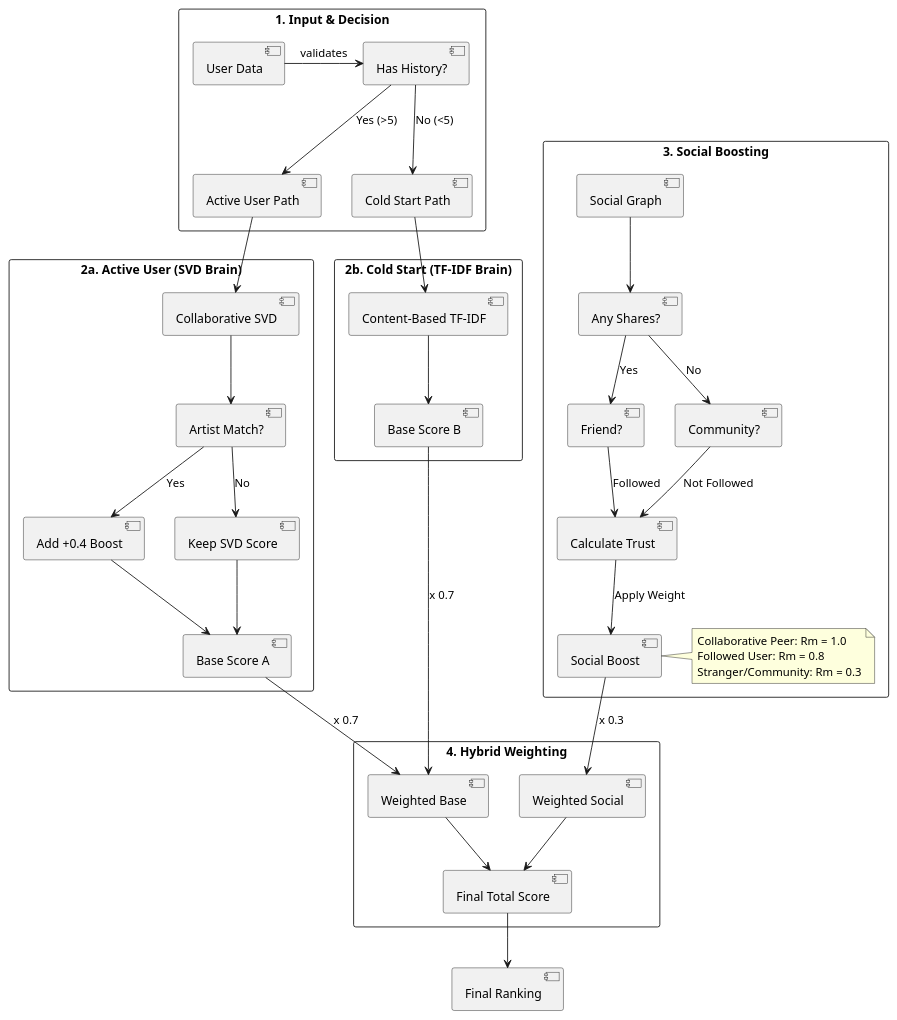
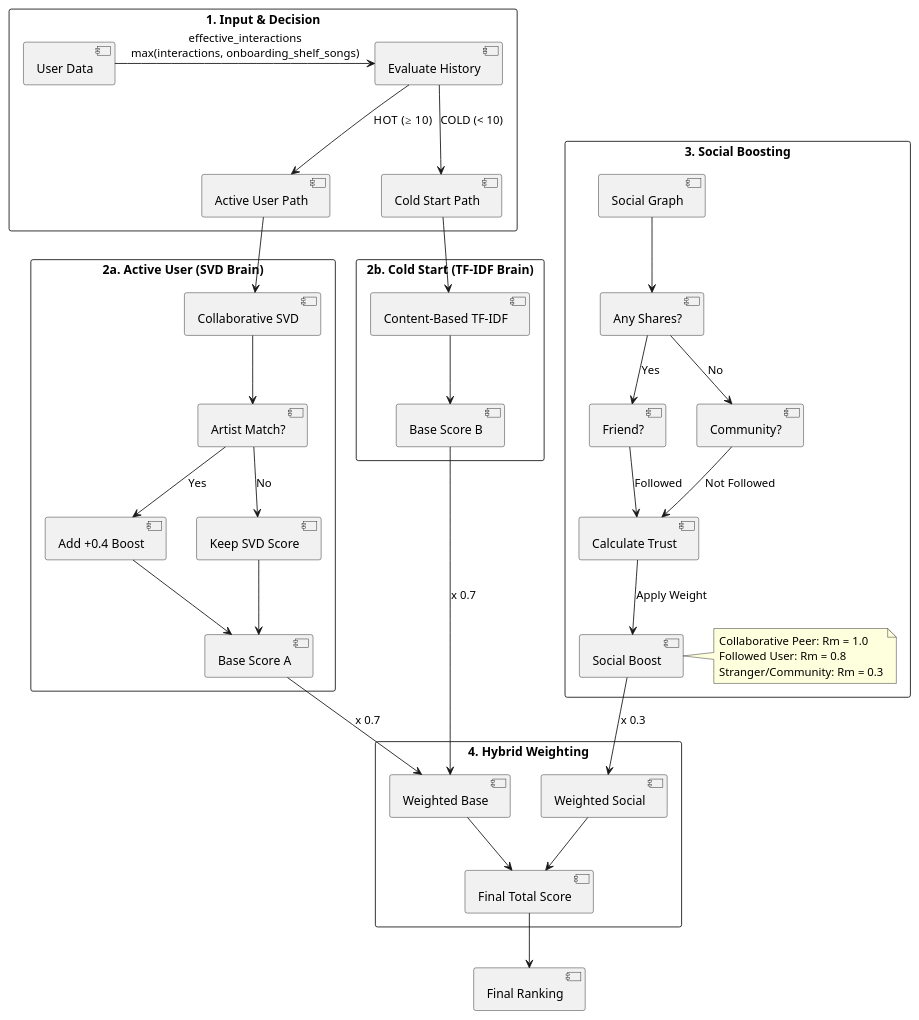
One commit to HeinreichMorphine/musicsocial changed the diagram in recsys.md. Above: the diagram before and after it, drawn with PlantUML. The commit also changed other lines of this file and 10 other files, not shown here.

````diff
--- a/recsys.md
+++ b/recsys.md
@@ -39,51 +39,51 @@
 ```plantuml
 @startuml
 skinparam packageStyle rectangle
 
 package "1. Input & Decision" {
-  [User Data] -> [Has History?] : validates
-  [Has History?] --> [Active User Path] : Yes (>5)
-  [Has History?] --> [Cold Start Path] : No (<5)
+  [User Data] -> [Evaluate History] : effective_interactions\nmax(interactions, onboarding_shelf_songs)
+  [Evaluate History] --> [Active User Path] : HOT (≥ 10)
+  [Evaluate History] --> [Cold Start Path] : COLD (< 10)
 }
 
 package "2a. Active User (SVD Brain)" {
   [Active User Path] --> [Collaborative SVD]
   [Collaborative SVD] --> [Artist Match?]
   [Artist Match?] --> [Add +0.4 Boost] : Yes
   [Artist Match?] --> [Keep SVD Score] : No
   [Add +0.4 Boost] --> [Base Score A]
   [Keep SVD Score] --> [Base Score A]
 }
 
 package "2b. Cold Start (TF-IDF Brain)" {
   [Cold Start Path] --> [Content-Based TF-IDF]
   [Content-Based TF-IDF] --> [Base Score B]
 }
 
 package "3. Social Boosting" {
   [Social Graph] --> [Any Shares?]
   [Any Shares?] --> [Friend?] : Yes
   [Any Shares?] --> [Community?] : No
   
   [Friend?] --> [Calculate Trust] : Followed
   [Community?] --> [Calculate Trust] : Not Followed
   
   [Calculate Trust] --> [Social Boost] : Apply Weight
   note right
     Collaborative Peer: Rm = 1.0
     Followed User: Rm = 0.8
     Stranger/Community: Rm = 0.3
   end note
 }
 
 package "4. Hybrid Weighting" {
   [Base Score A] --> [Weighted Base] : x 0.7
   [Base Score B] --> [Weighted Base] : x 0.7
   [Social Boost] --> [Weighted Social] : x 0.3
   [Weighted Base] --> [Final Total Score]
   [Weighted Social] --> [Final Total Score]
 }
 
 [Final Total Score] --> [Final Ranking]
 @enduml
 ```
````
